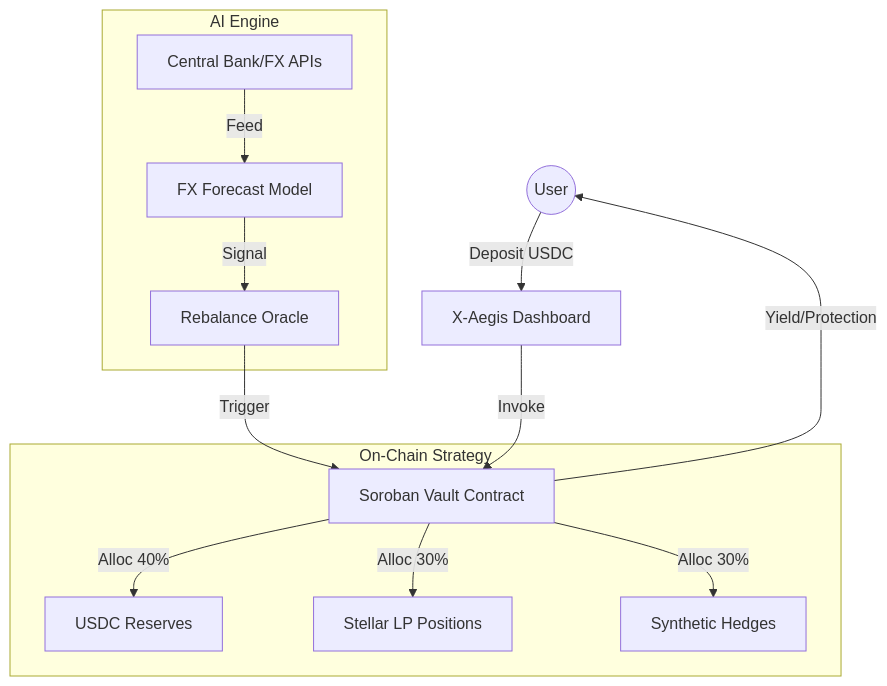
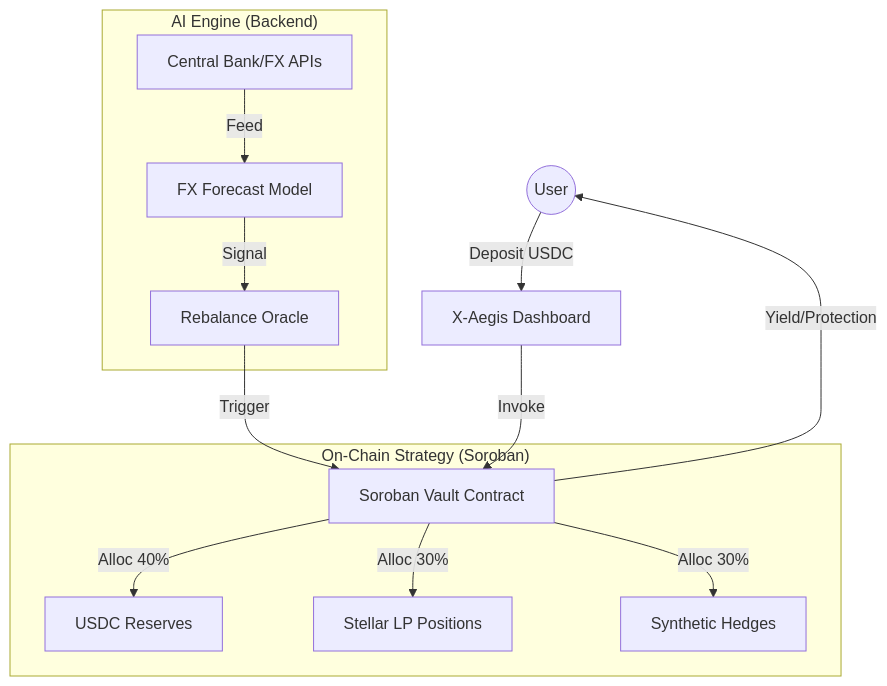
One commit to X-Aegis/Aegis-frontend changed the diagram in README.md. Above: the diagram before and after it, drawn with Mermaid. The commit also changed other lines of this file, not shown here.

Commit message:
docs: upgrade README to institutional integration hub with full architecture

````diff
--- a/README.md
+++ b/README.md
@@ -29,19 +42,19 @@
 ```mermaid
 graph TD
     User((User)) -->|Deposit USDC| UI[X-Aegis Dashboard]
     UI -->|Invoke| Vault[Soroban Vault Contract]
     
-    subgraph AI Engine
+    subgraph "AI Engine (Backend)"
         Data[Central Bank/FX APIs] -->|Feed| Model[FX Forecast Model]
         Model -->|Signal| Oracle[Rebalance Oracle]
     end
 
-    subgraph On-Chain Strategy
+    subgraph "On-Chain Strategy (Soroban)"
         Oracle -->|Trigger| Vault
         Vault -->|Alloc 40%| USDC[USDC Reserves]
         Vault -->|Alloc 30%| LP[Stellar LP Positions]
         Vault -->|Alloc 30%| Synth[Synthetic Hedges]
     end
     
     Vault -->|Yield/Protection| User
 ```
````
